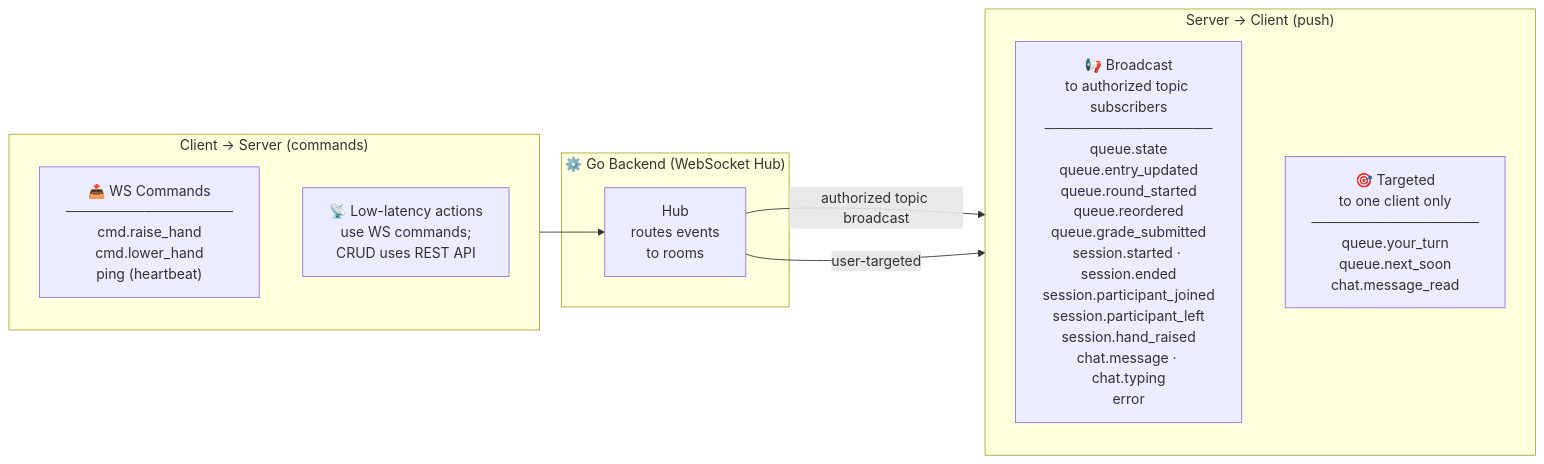
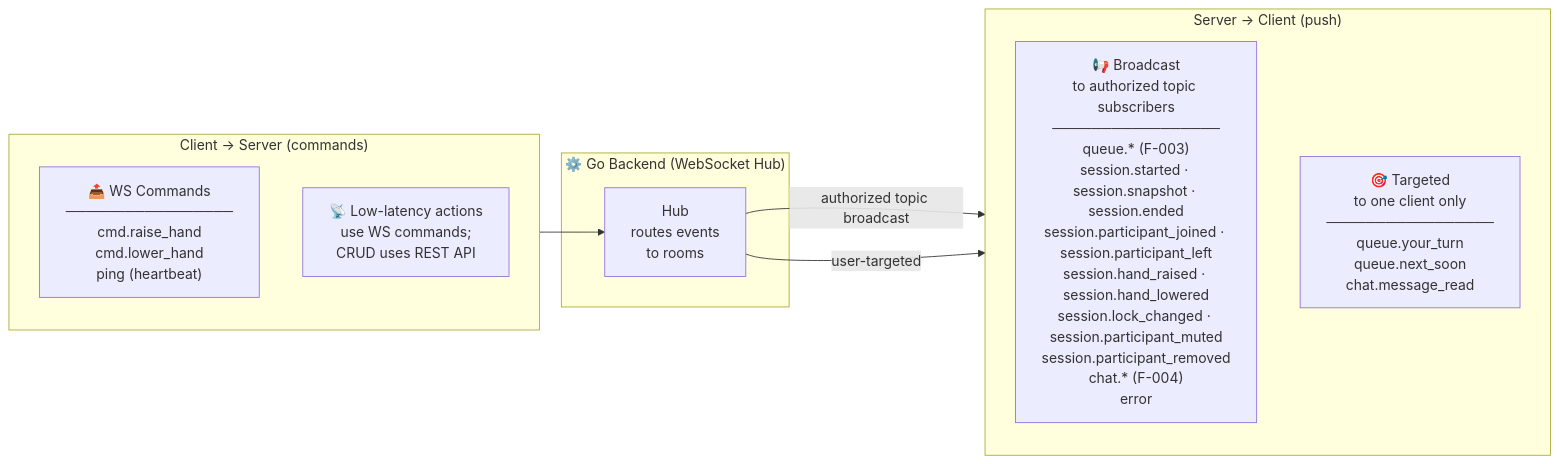
One commit to KarimMFadel/halaqaty changed the diagram in docs/contracts/ws_events.md. Above: the diagram before and after it, drawn with Mermaid. The commit also changed other lines of this file and 102 other files, not shown here.

````diff
--- a/docs/contracts/ws_events.md
+++ b/docs/contracts/ws_events.md
@@ -36,22 +38,22 @@
 ```mermaid
 graph LR
     subgraph Server["⚙️ Go Backend (WebSocket Hub)"]
         HUB["Hub\nroutes events\nto rooms"]
     end
 
     subgraph SC["Server → Client (push)"]
-        direction TB
-        BCAST["📢 Broadcast\nto authorized topic subscribers\n─────────────────\nqueue.state\nqueue.entry_updated\nqueue.round_started\nqueue.reordered\nqueue.grade_submitted\nsession.started · session.ended\nsession.participant_joined\nsession.participant_left\nsession.hand_raised\nchat.message · chat.typing\nerror"]
+    direction TB
+        BCAST["📢 Broadcast\nto authorized topic subscribers\n─────────────────\nqueue.* (F-003)\nsession.started · session.snapshot · session.ended\nsession.participant_joined · session.participant_left\nsession.hand_raised · session.hand_lowered\nsession.lock_changed · session.participant_muted\nsession.participant_removed\nchat.* (F-004)\nerror"]
         TARGET["🎯 Targeted\nto one client only\n─────────────────\nqueue.your_turn\nqueue.next_soon\nchat.message_read"]
     end
 
     subgraph CS["Client → Server (commands)"]
         direction TB
         CMD["📤 WS Commands\n─────────────────\ncmd.raise_hand\ncmd.lower_hand\nping (heartbeat)"]
         REST_NOTE["📡 Low-latency actions\nuse WS commands;\nCRUD uses REST API"]
     end
 
     HUB -->|"authorized topic broadcast"| BCAST
     HUB -->|"user-targeted"| TARGET
     CMD --> HUB
 ```
````
